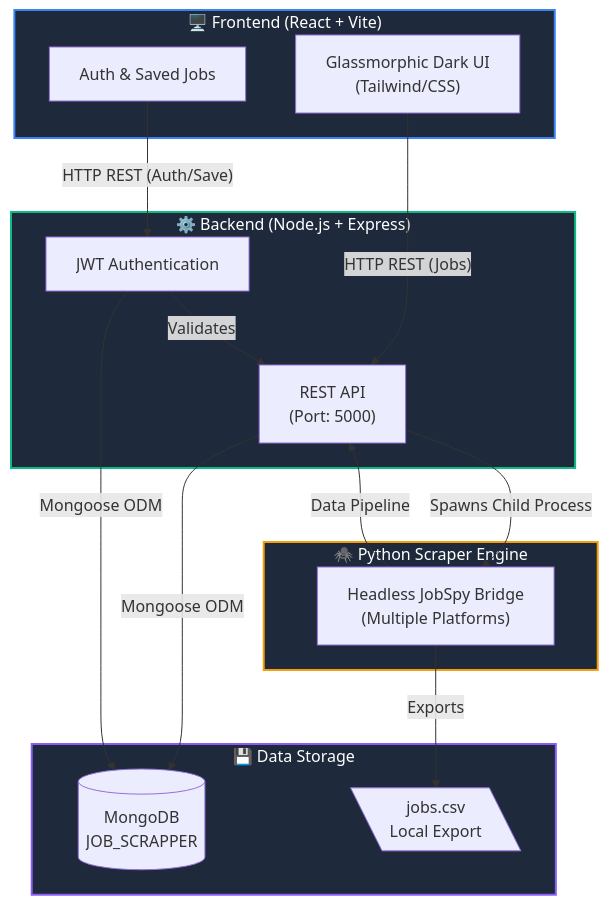
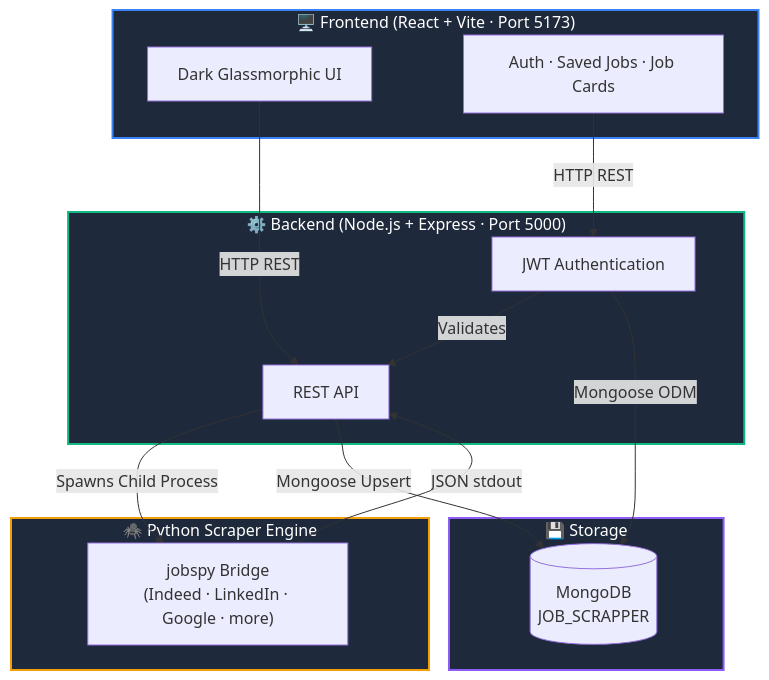
Before and after one commit to meetsheth07/JOB_FINDER: the diagram in README.md, drawn with Mermaid. The commit also changed other lines of this file and 14 other files, not shown here.

````diff
--- a/README.md
+++ b/README.md
@@ -9,35 +9,33 @@
 ```mermaid
 graph TD
-    subgraph Frontend ["🖥️ Frontend (React + Vite)"]
-        UI["Glassmorphic Dark UI<br/>(Tailwind/CSS)"]
-        AuthUI["Auth & Saved Jobs"]
+    subgraph Frontend ["🖥️ Frontend (React + Vite · Port 5173)"]
+        UI["Dark Glassmorphic UI"]
+        AuthUI["Auth · Saved Jobs · Job Cards"]
     end
-    
-    subgraph Backend ["⚙️ Backend (Node.js + Express)"]
-        API["REST API<br/>(Port: 5000)"]
+
+    subgraph Backend ["⚙️ Backend (Node.js + Express · Port 5000)"]
+        API["REST API"]
         Auth["JWT Authentication"]
     end
-    
+
     subgraph Scraper ["🕷️ Python Scraper Engine"]
-        JobSpy["Headless JobSpy Bridge<br/>(Multiple Platforms)"]
-    end
-    
-    subgraph Storage ["💾 Data Storage"]
-        Mongo[(MongoDB<br/>JOB_SCRAPPER)]
-        CSV[\"jobs.csv"<br/>Local Export\]
+        JobSpy["jobspy Bridge\n(Indeed · LinkedIn · Google · more)"]
     end
 
-    UI -- "HTTP REST (Jobs)" --> API
-    AuthUI -- "HTTP REST (Auth/Save)" --> Auth
+    subgraph Storage ["💾 Storage"]
+        Mongo[(MongoDB\nJOB_SCRAPPER)]
+    end
+
+    UI -- "HTTP REST" --> API
+    AuthUI -- "HTTP REST" --> Auth
     Auth -- "Validates" --> API
     API -- "Spawns Child Process" --> JobSpy
-    API -- "Mongoose ODM" --> Mongo
+    JobSpy -- "JSON stdout" --> API
+    API -- "Mongoose Upsert" --> Mongo
     Auth -- "Mongoose ODM" --> Mongo
-    JobSpy -- "Data Pipeline" --> API
-    JobSpy -- "Exports" --> CSV
-    
+
     style Frontend fill:#1e293b,stroke:#3b82f6,stroke-width:2px,color:#fff
     style Backend fill:#1e293b,stroke:#10b981,stroke-width:2px,color:#fff
     style Scraper fill:#1e293b,stroke:#f59e0b,stroke-width:2px,color:#fff
     style Storage fill:#1e293b,stroke:#8b5cf6,stroke-width:2px,color:#fff
 ```
````
